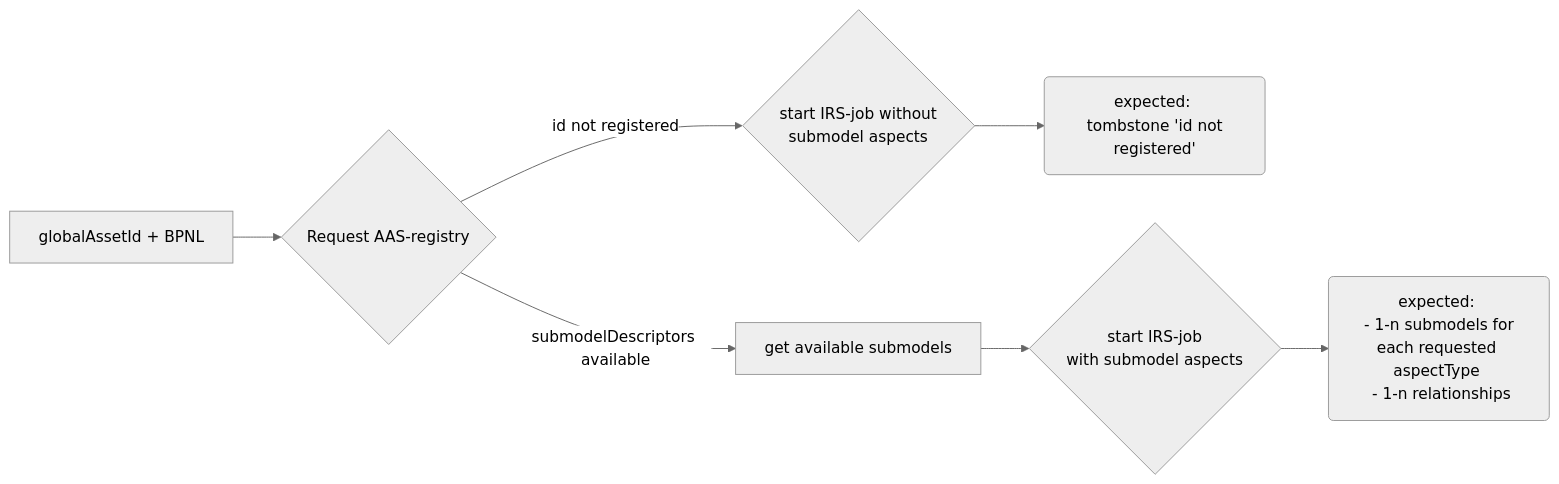
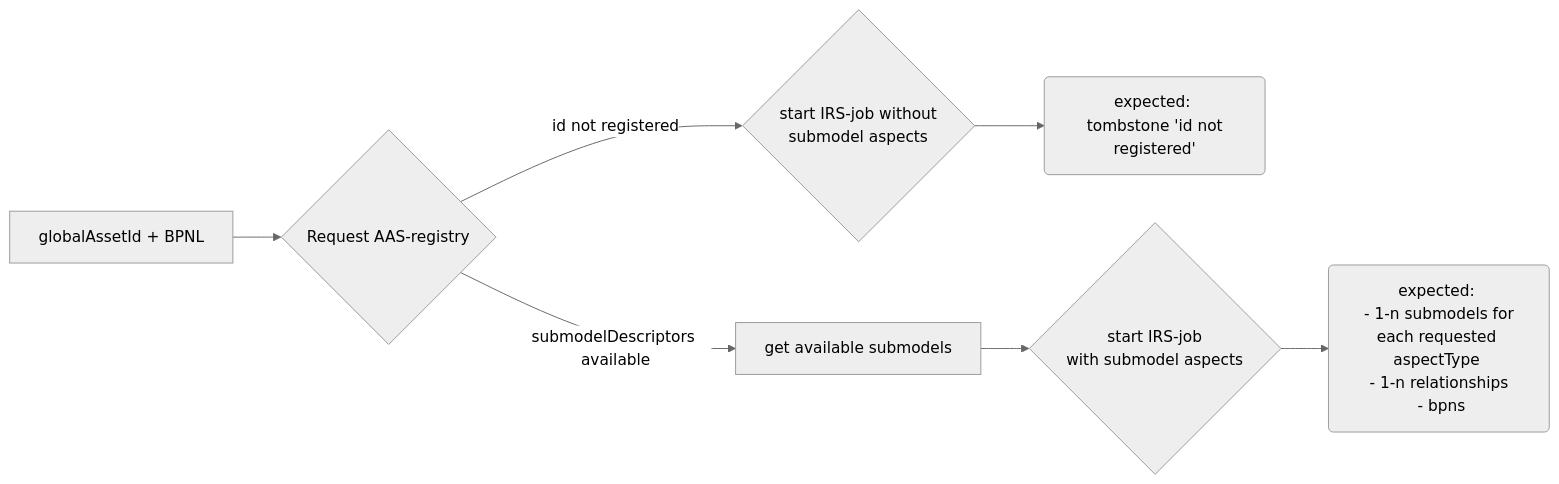
Before and after one commit to eclipse-tractusx/item-relationship-service: the second of 3 diagrams in docs/concept/#266-IRS-testing-with-dynamicData/#266-IRS-testing-with-dynamic-data.md, drawn with Mermaid (neutral theme). The commit also changed other lines of this file, not shown here.

````diff
--- a/docs/concept/#266-IRS-testing-with-dynamicData/#266-IRS-testing-with-dynamic-data.md
+++ b/docs/concept/#266-IRS-testing-with-dynamicData/#266-IRS-testing-with-dynamic-data.md
@@ -49,8 +63,8 @@
 ```mermaid
 graph LR
     A[globalAssetId + BPNL] --> B{Request AAS-registry}
     B -- submodelDescriptors available --> C[get available submodels]
     B -- id not registered --> D{start IRS-job without \n submodel aspects} --> DD(expected: \n tombstone 'id not registered')
     C --> E{start IRS-job \n with submodel aspects}
-    E --> F(expected: \n - 1-n submodels for each requested aspectType \n - 1-n relationships)
+    E --> F(expected: \n - 1-n submodels for each requested aspectType \n - 1-n relationships \n - bpns)
 ```
````
